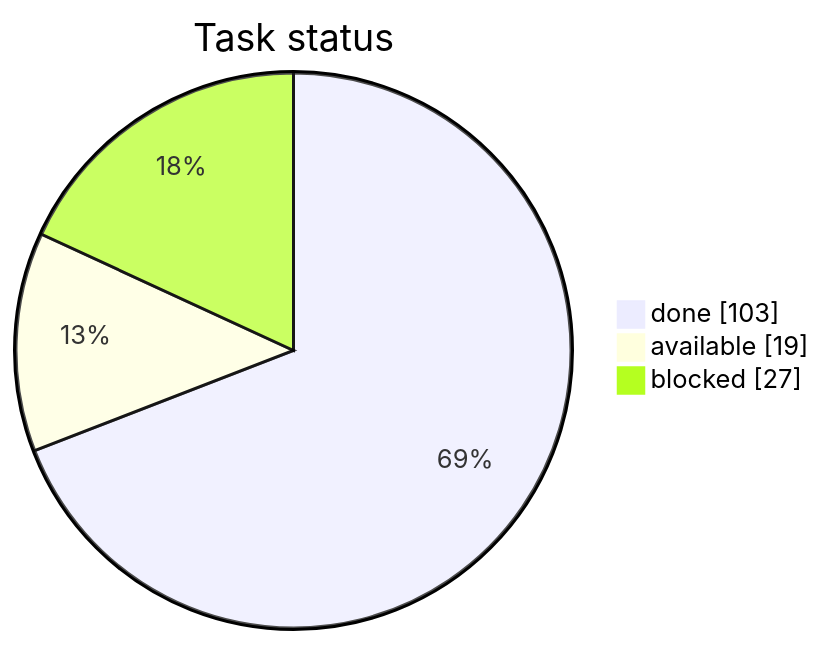
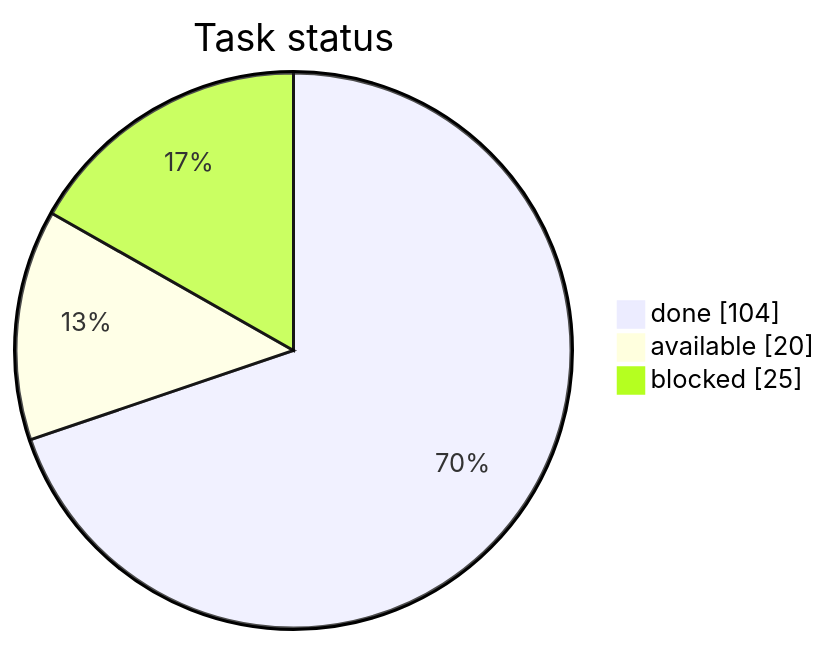
The first of 3 diagrams in STATUS.md (artemiiShabanov/RallyRivals), drawn with Mermaid before and after one commit. The commit also changed other lines of this file and 1 other file, not shown here.

Commit message:
tasks: mark code-meta-chapters done

````diff
--- a/STATUS.md
+++ b/STATUS.md
@@ -7,7 +7,7 @@
 ```mermaid
 pie showData
     title Task status
-    "done" : 103
-    "available" : 19
-    "blocked" : 27
+    "done" : 104
+    "available" : 20
+    "blocked" : 25
 ```
````
